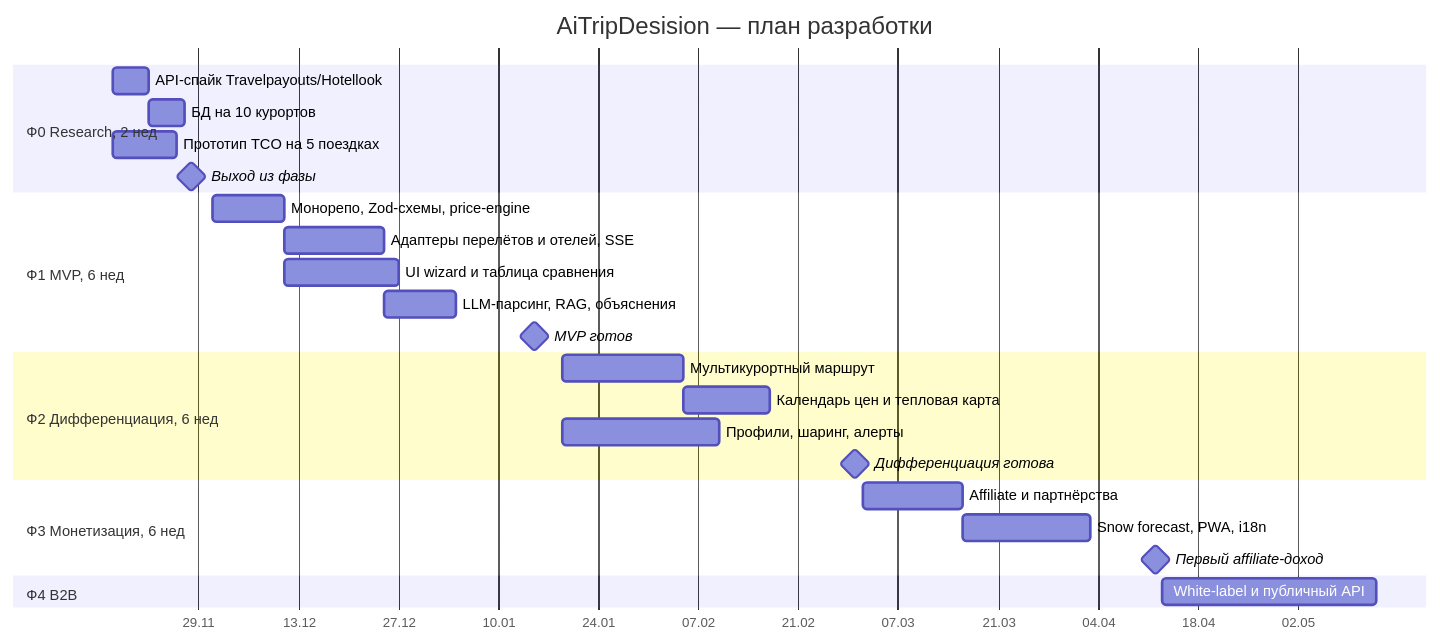
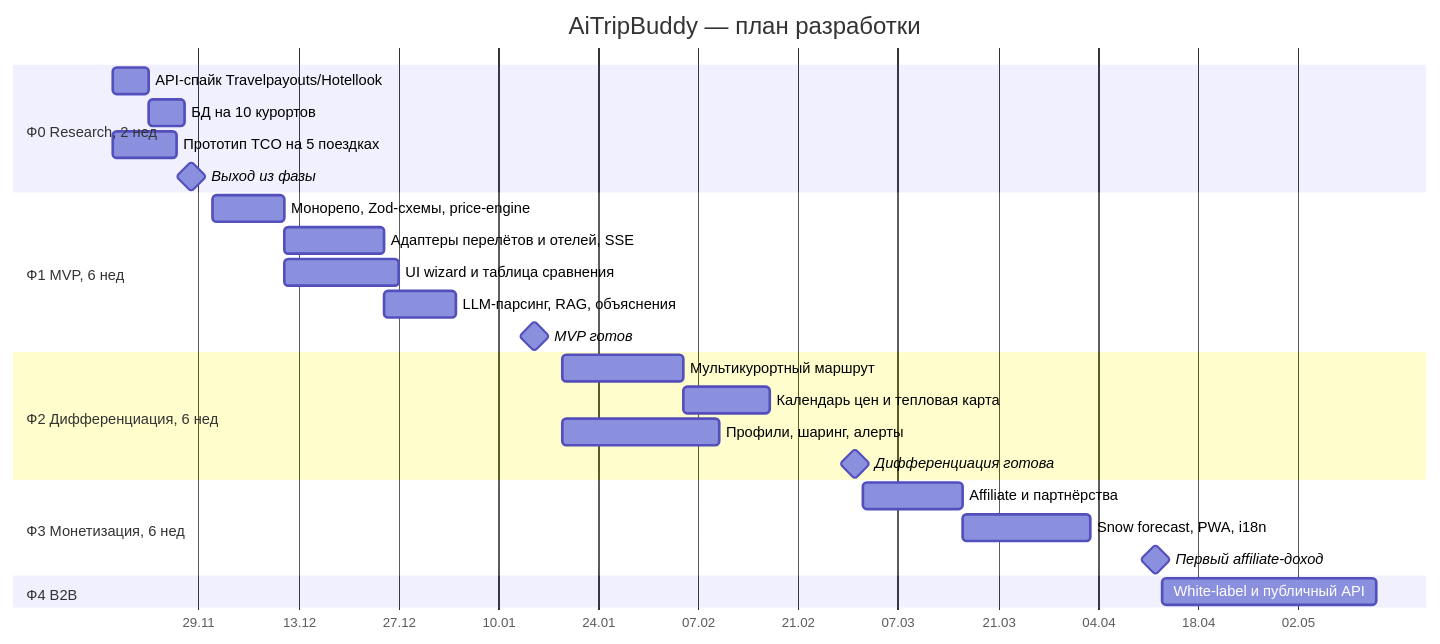
Before and after one commit to kleale/AiTripBuddy: the first of 2 diagrams in docs/ROADMAP.md, drawn with Mermaid. The commit also changed other lines of this file and 21 other files, not shown here.

````diff
--- a/docs/ROADMAP.md
+++ b/docs/ROADMAP.md
@@ -145,34 +145,34 @@
 ```mermaid
 gantt
-    title AiTripDesision — план разработки
+    title AiTripBuddy — план разработки
     dateFormat YYYY-MM-DD
     axisFormat %d.%m
     tickInterval 2week
 
     section Ф0 Research, 2 нед
     API-спайк Travelpayouts/Hotellook   :f0a, 2026-11-17, 5d
     БД на 10 курортов                   :f0b, after f0a, 5d
     Прототип TCO на 5 поездках          :f0c, 2026-11-17, 9d
     Выход из фазы                       :milestone, m0, 2026-11-28, 0d
 
     section Ф1 MVP, 6 нед
     Монорепо, Zod-схемы, price-engine   :f1a, 2026-12-01, 10d
     Адаптеры перелётов и отелей, SSE    :f1b, after f1a, 14d
     UI wizard и таблица сравнения       :f1c, after f1a, 16d
     LLM-парсинг, RAG, объяснения        :f1d, after f1b, 10d
     MVP готов                           :milestone, m1, 2027-01-15, 0d
 
     section Ф2 Дифференциация, 6 нед
     Мультикурортный маршрут             :f2a, 2027-01-19, 17d
     Календарь цен и тепловая карта      :f2b, after f2a, 12d
     Профили, шаринг, алерты             :f2c, 2027-01-19, 22d
     Дифференциация готова               :milestone, m2, 2027-03-01, 0d
 
     section Ф3 Монетизация, 6 нед
     Affiliate и партнёрства             :f3a, 2027-03-02, 14d
     Snow forecast, PWA, i18n            :f3b, after f3a, 18d
     Первый affiliate-доход              :milestone, m3, 2027-04-12, 0d
 
     section Ф4 B2B
     White-label и публичный API         :f4a, 2027-04-13, 30d
 ```
````
